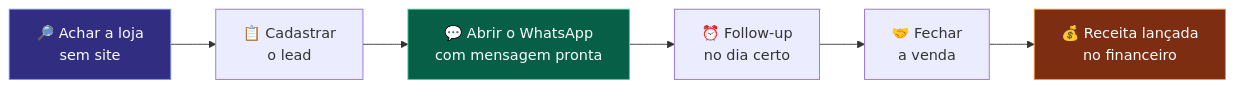
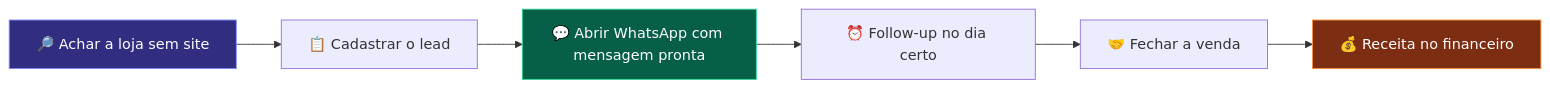
Before and after one commit to henriquefbarrado/painel-lead: the first of 7 diagrams in README.md, drawn with Mermaid. The commit also changed other lines of this file, not shown here.

````diff
--- a/README.md
+++ b/README.md
@@ -60,11 +60,11 @@
 ```mermaid
 flowchart LR
-  A["🔎 Achar a loja<br/>sem site"] --> B["📋 Cadastrar<br/>o lead"]
-  B --> C["💬 Abrir o WhatsApp<br/>com mensagem pronta"]
-  C --> D["⏰ Follow-up<br/>no dia certo"]
-  D --> E["🤝 Fechar<br/>a venda"]
-  E --> F["💰 Receita lançada<br/>no financeiro"]
+  A["🔎 Achar a loja sem site"] --> B["📋 Cadastrar o lead"]
+  B --> C["💬 Abrir WhatsApp com mensagem pronta"]
+  C --> D["⏰ Follow-up no dia certo"]
+  D --> E["🤝 Fechar a venda"]
+  E --> F["💰 Receita no financeiro"]
   style A fill:#312e81,stroke:#818cf8,color:#fff
   style C fill:#065f46,stroke:#34d399,color:#fff
   style F fill:#7c2d12,stroke:#fb923c,color:#fff
 ```
````
